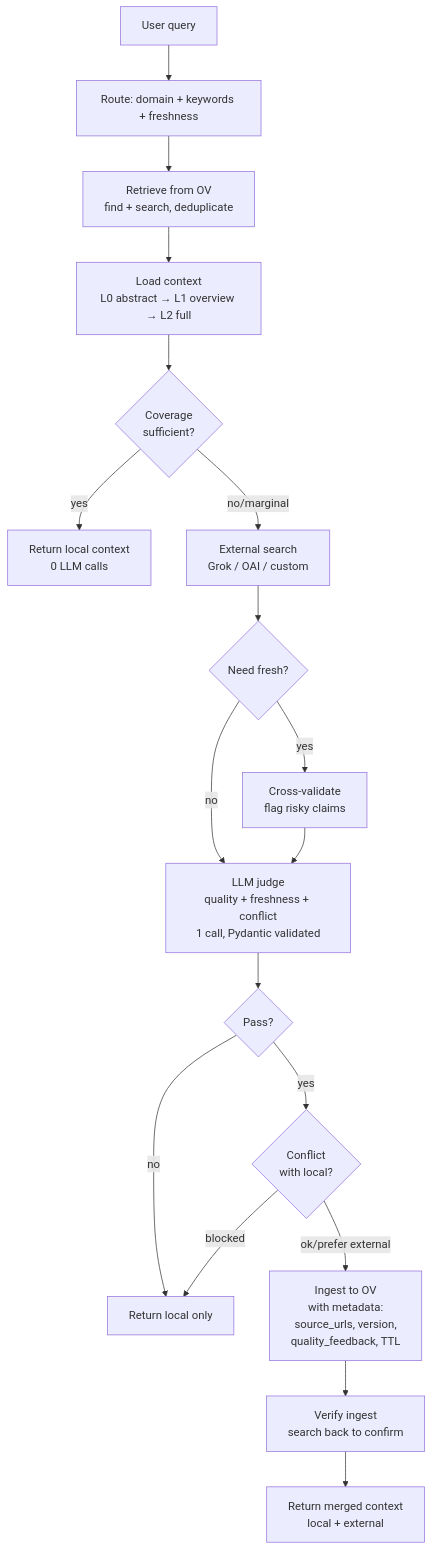
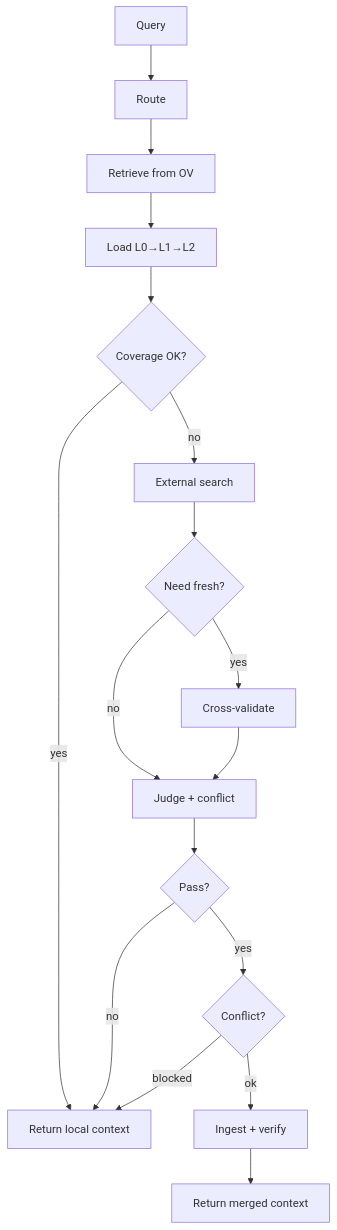
One commit to ponsde/OpenViking_Curator changed the diagram in README.md. Above: the diagram before and after it, drawn with Mermaid. The commit also changed other lines of this file and 2 other files, not shown here.

Commit message:
docs: rewrite README with compact Mermaid, Grok-first config, troubleshooting, accurate feature list

````diff
--- a/README.md
+++ b/README.md
@@ -12,20 +12,19 @@
 ```mermaid
 flowchart TD
-    Q[User query] --> R[Route: domain + keywords + freshness]
-    R --> OV[Retrieve from OV<br/>find + search, deduplicate]
-    OV --> L[Load context<br/>L0 abstract → L1 overview → L2 full]
-    L --> COV{Coverage<br/>sufficient?}
-    COV -- yes --> RET[Return local context<br/>0 LLM calls]
-    COV -- no/marginal --> EXT[External search<br/>Grok / OAI / custom]
-    EXT --> CV{Need fresh?}
-    CV -- yes --> CROSS[Cross-validate<br/>flag risky claims]
-    CV -- no --> JUDGE
-    CROSS --> JUDGE[LLM judge<br/>quality + freshness + conflict<br/>1 call, Pydantic validated]
-    JUDGE --> PASS{Pass?}
-    PASS -- no --> RET2[Return local only]
-    PASS -- yes --> CONFLICT{Conflict<br/>with local?}
-    CONFLICT -- blocked --> RET2
-    CONFLICT -- ok/prefer external --> ING[Ingest to OV<br/>with metadata:<br/>source_urls, version,<br/>quality_feedback, TTL]
-    ING --> VERIFY[Verify ingest<br/>search back to confirm]
-    VERIFY --> RET3[Return merged context<br/>local + external]
+    Q[Query] --> R[Route]
+    R --> OV[Retrieve from OV]
+    OV --> L[Load L0→L1→L2]
+    L --> COV{Coverage OK?}
+    COV -- yes --> OUT1[Return local context]
+    COV -- no --> EXT[External search]
+    EXT --> F{Need fresh?}
+    F -- yes --> CV[Cross-validate]
+    F -- no --> J
+    CV --> J[Judge + conflict]
+    J --> P{Pass?}
+    P -- no --> OUT1
+    P -- yes --> C{Conflict?}
+    C -- blocked --> OUT1
+    C -- ok --> ING[Ingest + verify]
+    ING --> OUT2[Return merged context]
 ```
````
